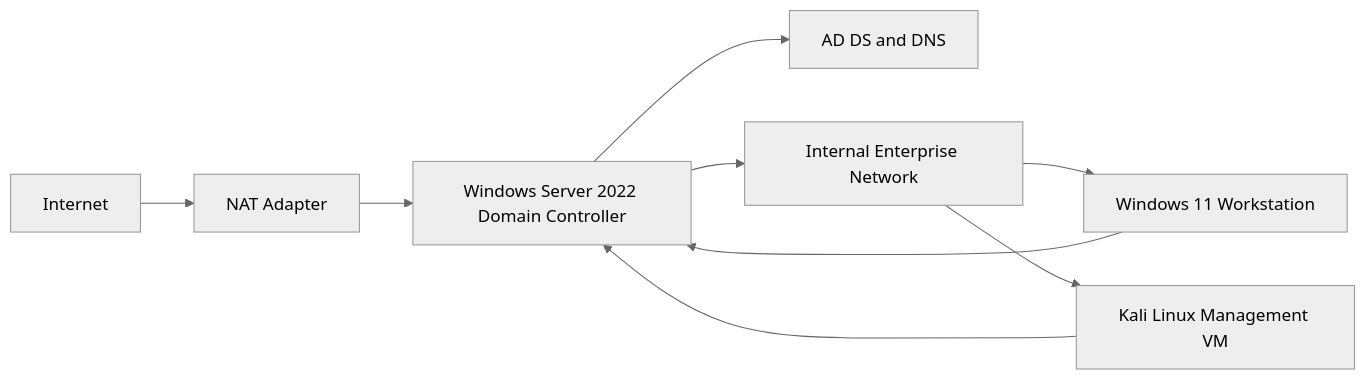
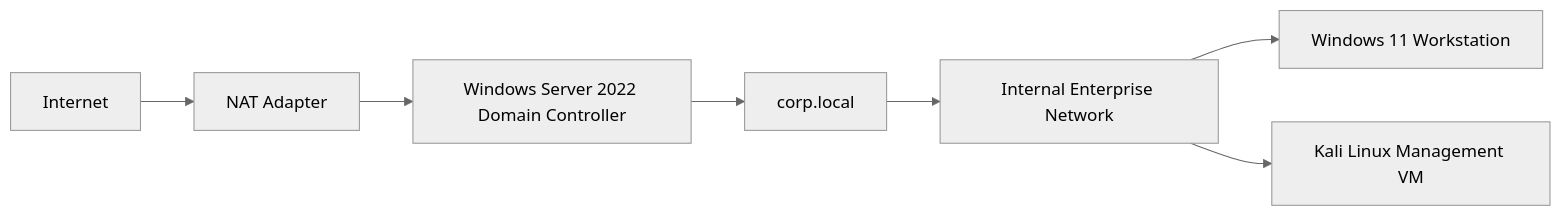
Before and after one commit to InsiyahBhatia/active-directory-infrastructure-lab: the first of 2 diagrams in docs/architecture.md, drawn with Mermaid (neutral theme). The commit also changed other lines of this file and 9 other files, not shown here.

Commit message:
fixed flowcharts

````diff
--- a/docs/architecture.md
+++ b/docs/architecture.md
@@ -7,11 +7,9 @@
 ```mermaid
 graph LR
     Internet[Internet] --> NAT[NAT Adapter]
     NAT --> DC[Windows Server 2022 Domain Controller]
-    DC --> AD[AD DS and DNS]
-    DC --> Internal[Internal Enterprise Network]
-    Internal --> WIN11[Windows 11 Workstation]
-    Internal --> KALI[Kali Linux Management VM]
-    WIN11 --> DC
-    KALI --> DC
+    DC --> DOMAIN[corp.local]
+    DOMAIN --> LAN[Internal Enterprise Network]
+    LAN --> WIN11[Windows 11 Workstation]
+    LAN --> KALI[Kali Linux Management VM]
 ```
````
